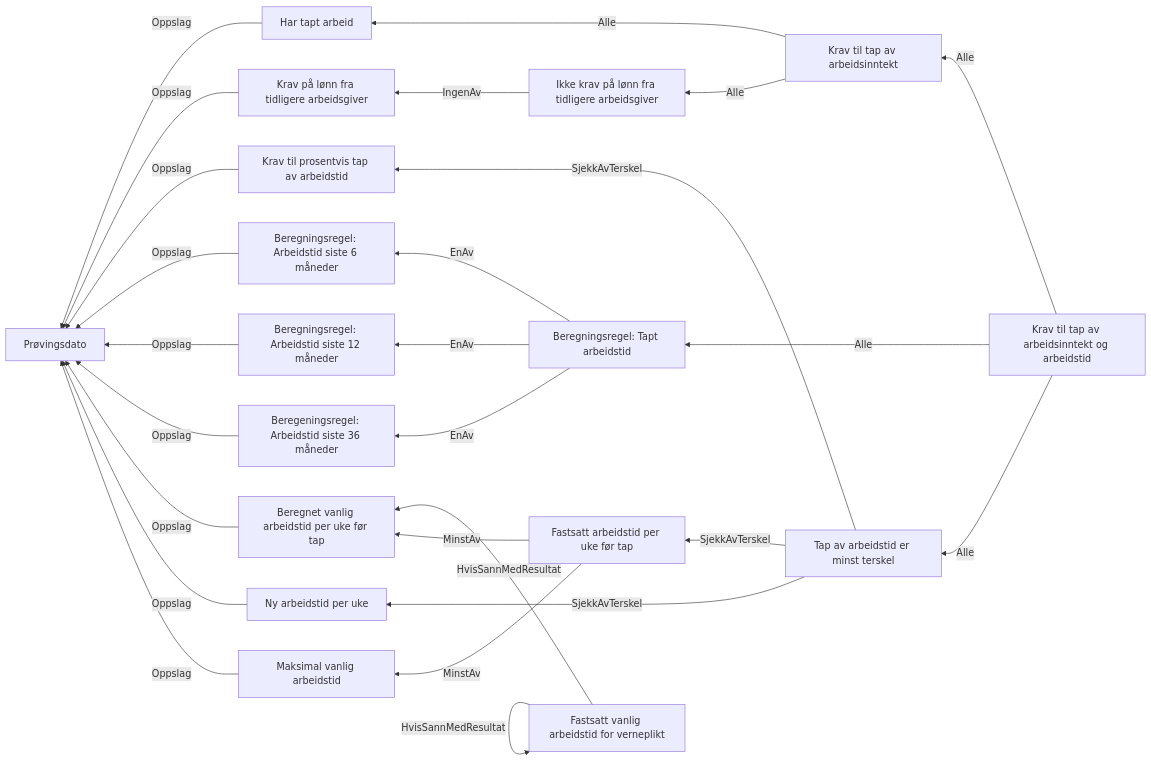
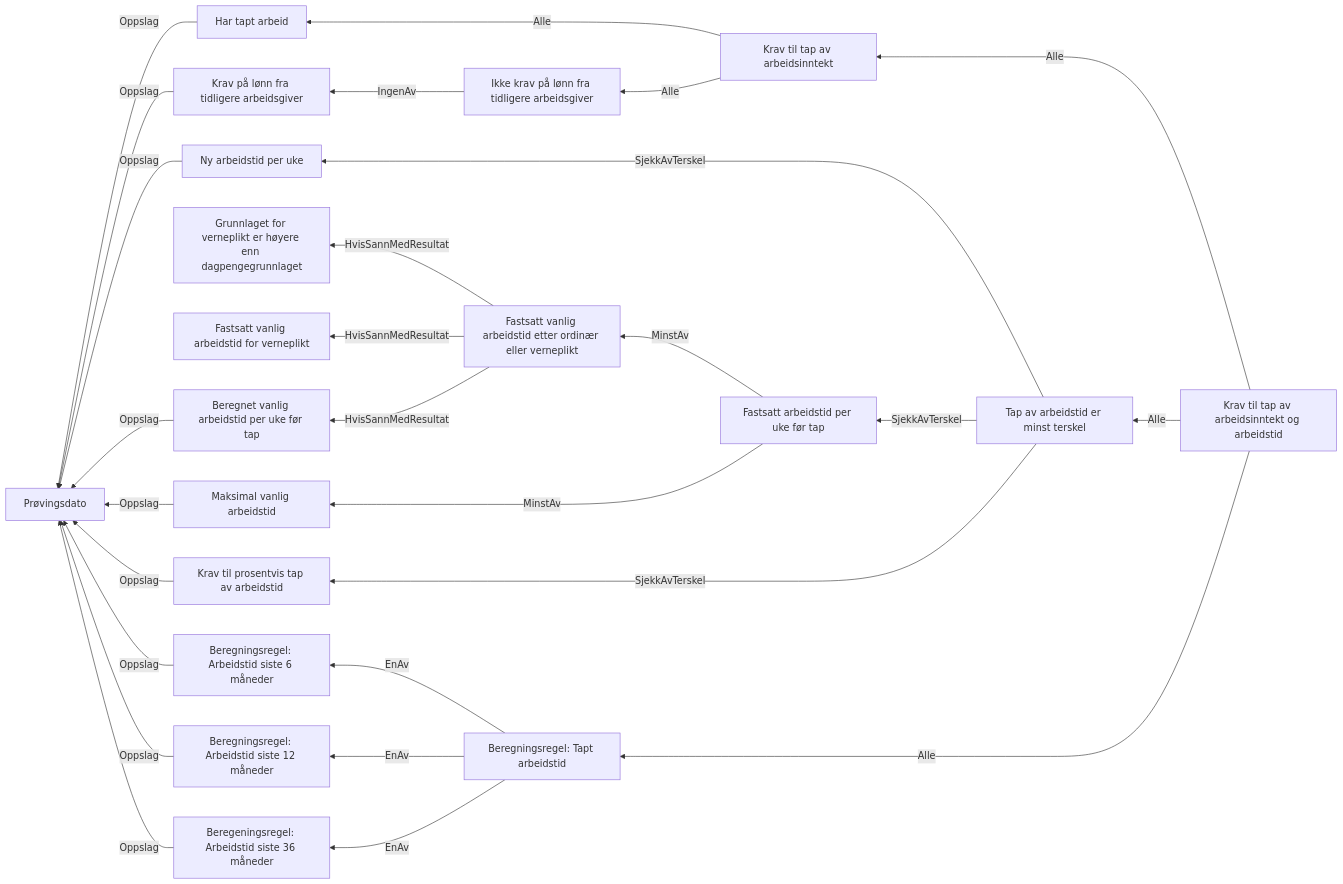
The diagram in docs/regler/§ 4-3. Tap av arbeidsinntekt og arbeidstid.approved.md (navikt/dp-vedtak), drawn with Mermaid before and after one commit. The commit also changed 17 other files, not shown here.

Commit message:
Legg til verneplikt som en alternativ måte å få dagpenger

````diff
--- a/docs/regler/§ 4-3. Tap av arbeidsinntekt og arbeidstid.approved.md
+++ b/docs/regler/§ 4-3. Tap av arbeidsinntekt og arbeidstid.approved.md
@@ -5,29 +5,29 @@
 ```mermaid
 graph RL
   A["Har tapt arbeid"] -->|"Oppslag"| B["Prøvingsdato"]
   C["Krav på lønn fra tidligere arbeidsgiver"] -->|"Oppslag"| B["Prøvingsdato"]
   D["Ikke krav på lønn fra tidligere arbeidsgiver"] -->|"IngenAv"| C["Krav på lønn fra tidligere arbeidsgiver"]
   E["Krav til tap av arbeidsinntekt"] -->|"Alle"| A["Har tapt arbeid"]
   E["Krav til tap av arbeidsinntekt"] -->|"Alle"| D["Ikke krav på lønn fra tidligere arbeidsgiver"]
   F["Krav til prosentvis tap av arbeidstid"] -->|"Oppslag"| B["Prøvingsdato"]
   G["Beregningsregel: Arbeidstid siste 6 måneder"] -->|"Oppslag"| B["Prøvingsdato"]
   H["Beregningsregel: Arbeidstid siste 12 måneder"] -->|"Oppslag"| B["Prøvingsdato"]
   I["Beregeningsregel: Arbeidstid siste 36 måneder"] -->|"Oppslag"| B["Prøvingsdato"]
   J["Beregnet vanlig arbeidstid per uke før tap"] -->|"Oppslag"| B["Prøvingsdato"]
-  K["Fastsatt vanlig arbeidstid for verneplikt"] -->|"HvisSannMedResultat"| K["Fastsatt vanlig arbeidstid for verneplikt"]
-  K["Fastsatt vanlig arbeidstid for verneplikt"] -->|"HvisSannMedResultat"| K["Fastsatt vanlig arbeidstid for verneplikt"]
-  K["Fastsatt vanlig arbeidstid for verneplikt"] -->|"HvisSannMedResultat"| J["Beregnet vanlig arbeidstid per uke før tap"]
-  L["Ny arbeidstid per uke"] -->|"Oppslag"| B["Prøvingsdato"]
-  M["Maksimal vanlig arbeidstid"] -->|"Oppslag"| B["Prøvingsdato"]
-  N["Fastsatt arbeidstid per uke før tap"] -->|"MinstAv"| J["Beregnet vanlig arbeidstid per uke før tap"]
-  N["Fastsatt arbeidstid per uke før tap"] -->|"MinstAv"| M["Maksimal vanlig arbeidstid"]
-  O["Tap av arbeidstid er minst terskel"] -->|"SjekkAvTerskel"| L["Ny arbeidstid per uke"]
-  O["Tap av arbeidstid er minst terskel"] -->|"SjekkAvTerskel"| N["Fastsatt arbeidstid per uke før tap"]
-  O["Tap av arbeidstid er minst terskel"] -->|"SjekkAvTerskel"| F["Krav til prosentvis tap av arbeidstid"]
-  P["Beregningsregel: Tapt arbeidstid"] -->|"EnAv"| G["Beregningsregel: Arbeidstid siste 6 måneder"]
-  P["Beregningsregel: Tapt arbeidstid"] -->|"EnAv"| H["Beregningsregel: Arbeidstid siste 12 måneder"]
-  P["Beregningsregel: Tapt arbeidstid"] -->|"EnAv"| I["Beregeningsregel: Arbeidstid siste 36 måneder"]
-  Q["Krav til tap av arbeidsinntekt og arbeidstid"] -->|"Alle"| E["Krav til tap av arbeidsinntekt"]
-  Q["Krav til tap av arbeidsinntekt og arbeidstid"] -->|"Alle"| O["Tap av arbeidstid er minst terskel"]
-  Q["Krav til tap av arbeidsinntekt og arbeidstid"] -->|"Alle"| P["Beregningsregel: Tapt arbeidstid"]
+  K["Fastsatt vanlig arbeidstid etter ordinær eller verneplikt"] -->|"HvisSannMedResultat"| L["Grunnlaget for verneplikt er høyere enn dagpengegrunnlaget"]
+  K["Fastsatt vanlig arbeidstid etter ordinær eller verneplikt"] -->|"HvisSannMedResultat"| M["Fastsatt vanlig arbeidstid for verneplikt"]
+  K["Fastsatt vanlig arbeidstid etter ordinær eller verneplikt"] -->|"HvisSannMedResultat"| J["Beregnet vanlig arbeidstid per uke før tap"]
+  N["Ny arbeidstid per uke"] -->|"Oppslag"| B["Prøvingsdato"]
+  O["Maksimal vanlig arbeidstid"] -->|"Oppslag"| B["Prøvingsdato"]
+  P["Fastsatt arbeidstid per uke før tap"] -->|"MinstAv"| K["Fastsatt vanlig arbeidstid etter ordinær eller verneplikt"]
+  P["Fastsatt arbeidstid per uke før tap"] -->|"MinstAv"| O["Maksimal vanlig arbeidstid"]
+  Q["Tap av arbeidstid er minst terskel"] -->|"SjekkAvTerskel"| N["Ny arbeidstid per uke"]
+  Q["Tap av arbeidstid er minst terskel"] -->|"SjekkAvTerskel"| P["Fastsatt arbeidstid per uke før tap"]
+  Q["Tap av arbeidstid er minst terskel"] -->|"SjekkAvTerskel"| F["Krav til prosentvis tap av arbeidstid"]
+  R["Beregningsregel: Tapt arbeidstid"] -->|"EnAv"| G["Beregningsregel: Arbeidstid siste 6 måneder"]
+  R["Beregningsregel: Tapt arbeidstid"] -->|"EnAv"| H["Beregningsregel: Arbeidstid siste 12 måneder"]
+  R["Beregningsregel: Tapt arbeidstid"] -->|"EnAv"| I["Beregeningsregel: Arbeidstid siste 36 måneder"]
+  S["Krav til tap av arbeidsinntekt og arbeidstid"] -->|"Alle"| E["Krav til tap av arbeidsinntekt"]
+  S["Krav til tap av arbeidsinntekt og arbeidstid"] -->|"Alle"| Q["Tap av arbeidstid er minst terskel"]
+  S["Krav til tap av arbeidsinntekt og arbeidstid"] -->|"Alle"| R["Beregningsregel: Tapt arbeidstid"]
 ```
````
